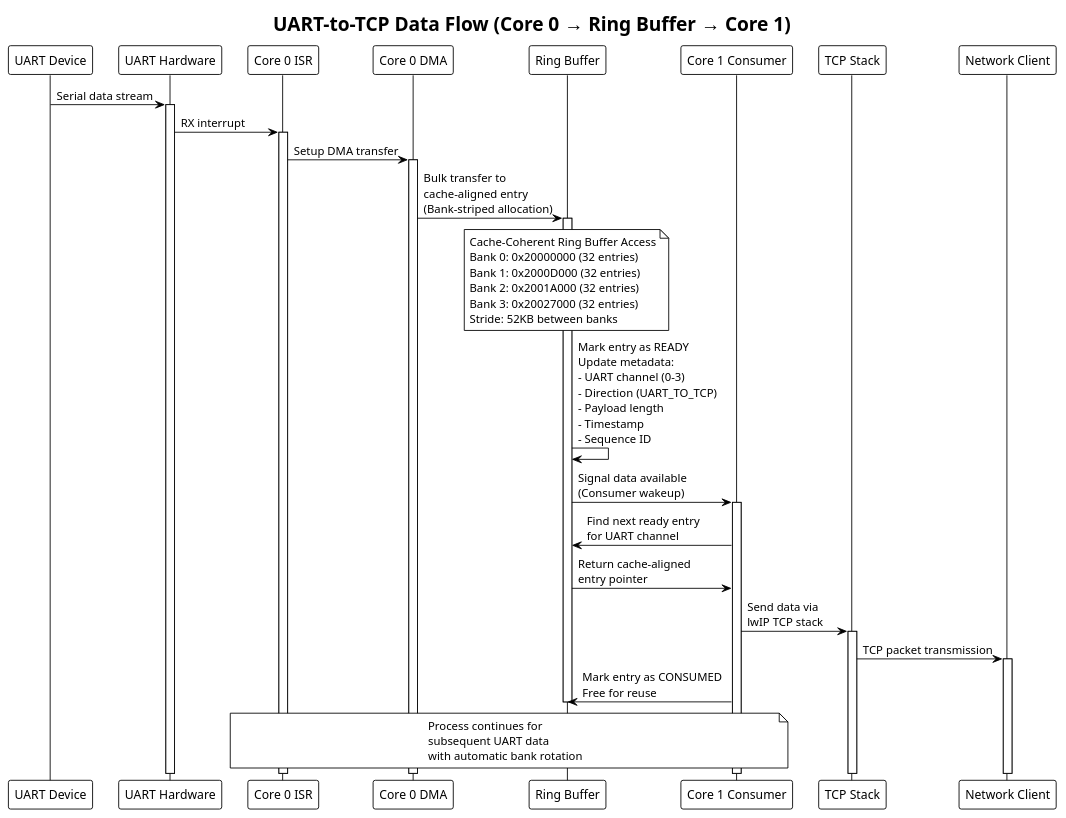
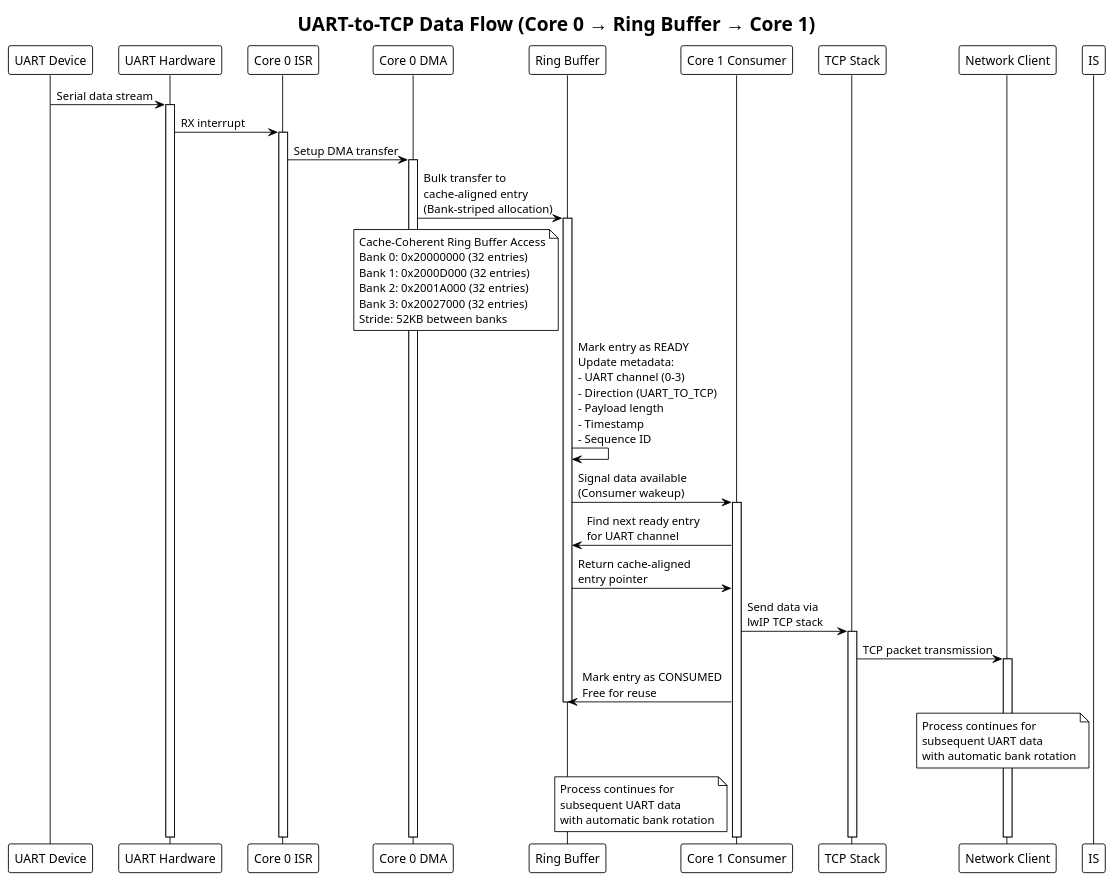
The second of 8 diagrams in docs/arc42/src/06_runtime_view.adoc (haxorsebb/UART2ETH), drawn with PlantUML before and after one commit. The commit also changed other lines of this file and 1 other file, not shown here.

```diff
--- a/docs/arc42/src/06_runtime_view.adoc
+++ b/docs/arc42/src/06_runtime_view.adoc
@@ -140,50 +144,51 @@
 [plantuml, uart-to-tcp-dataflow, svg]
 ----
 @startuml
 !theme plain
 skinparam backgroundColor transparent
 
 title UART-to-TCP Data Flow (Core 0 → Ring Buffer → Core 1)
 
 participant "UART Device" as DEV
 participant "UART Hardware" as HW
 participant "Core 0 ISR" as ISR
 participant "Core 0 DMA" as DMA0
 participant "Ring Buffer" as RB
 participant "Core 1 Consumer" as C1
 participant "TCP Stack" as TCP
 participant "Network Client" as CLIENT
 
 DEV -> HW : Serial data stream
 activate HW
 
 HW -> ISR : RX interrupt
 activate ISR
 ISR -> DMA0 : Setup DMA transfer
 activate DMA0
 
 DMA0 -> RB : Bulk transfer to\ncache-aligned entry\n(Bank-striped allocation)
 activate RB
 
-note over RB : Cache-Coherent Ring Buffer Access\nBank 0: 0x20000000 (32 entries)\nBank 1: 0x2000D000 (32 entries)\nBank 2: 0x2001A000 (32 entries)\nBank 3: 0x20027000 (32 entries)\nStride: 52KB between banks
+note left of RB : Cache-Coherent Ring Buffer Access\nBank 0: 0x20000000 (32 entries)\nBank 1: 0x2000D000 (32 entries)\nBank 2: 0x2001A000 (32 entries)\nBank 3: 0x20027000 (32 entries)\nStride: 52KB between banks
 
 RB -> RB : Mark entry as READY\nUpdate metadata:\n- UART channel (0-3)\n- Direction (UART_TO_TCP)\n- Payload length\n- Timestamp\n- Sequence ID
 
 RB -> C1 : Signal data available\n(Consumer wakeup)
 activate C1
 
 C1 -> RB : Find next ready entry\nfor UART channel
 RB -> C1 : Return cache-aligned\nentry pointer
 
 C1 -> TCP : Send data via\nlwIP TCP stack
 activate TCP
 TCP -> CLIENT : TCP packet transmission
 activate CLIENT
 
 C1 -> RB : Mark entry as CONSUMED\nFree for reuse
 deactivate RB
 
-note over ISR, C1 : Process continues for\nsubsequent UART data\nwith automatic bank rotation
+note left of IS : Process continues for\nsubsequent UART data\nwith automatic bank rotation
+note left of C1 : Process continues for\nsubsequent UART data\nwith automatic bank rotation
 
 @enduml
 ----
```
